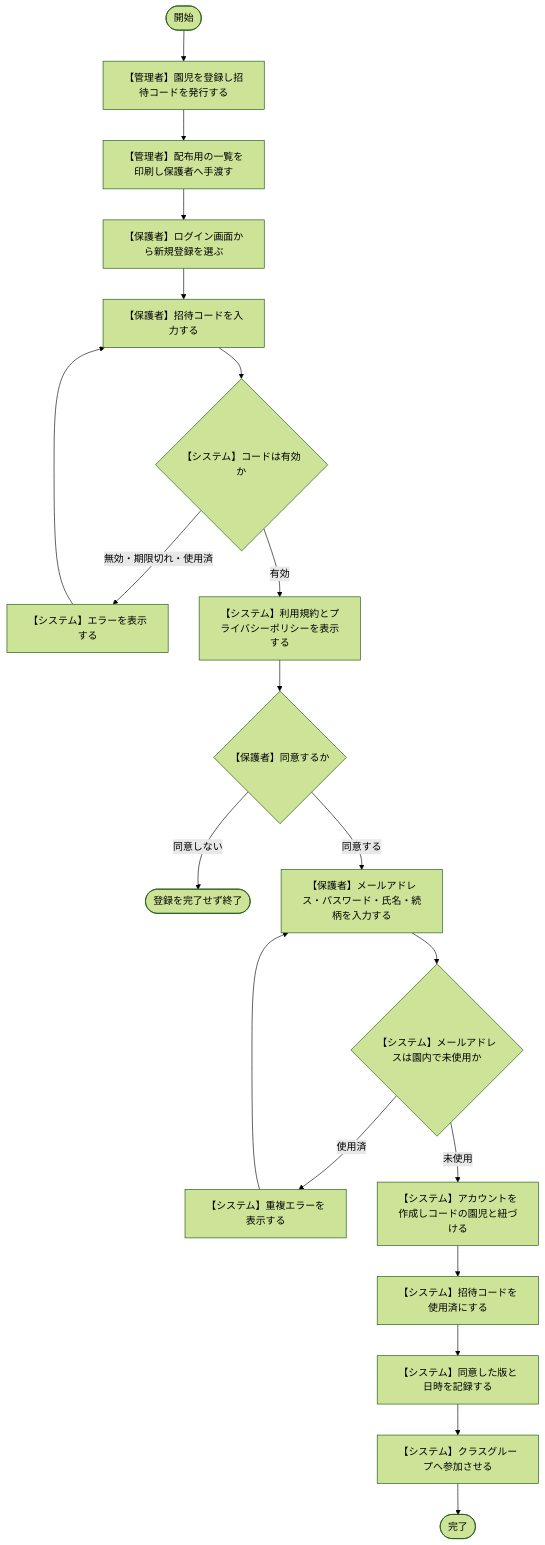
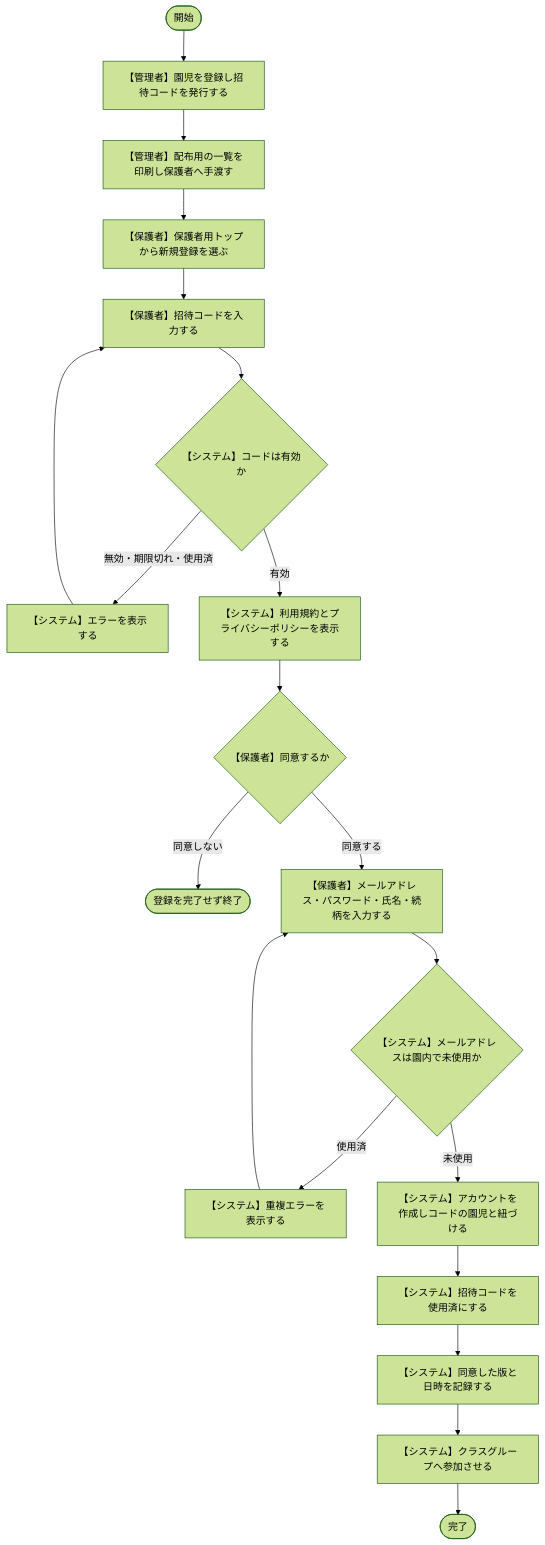
One commit to issei0423/sukusuku_system changed the first of 13 diagrams in 図/アクティビティ図.md. Above: the diagram before and after it, drawn with Mermaid (forest theme). The commit also changed other lines of this file and 5 other files, not shown here.

````diff
--- a/図/アクティビティ図.md
+++ b/図/アクティビティ図.md
@@ -46,22 +47,22 @@
 ```mermaid
 flowchart TD
     S(["開始"]) --> A1["【管理者】園児を登録し招待コードを発行する"]
     A1 --> A2["【管理者】配布用の一覧を印刷し保護者へ手渡す"]
-    A2 --> A3["【保護者】ログイン画面から新規登録を選ぶ"]
+    A2 --> A3["【保護者】保護者用トップから新規登録を選ぶ"]
     A3 --> A4["【保護者】招待コードを入力する"]
     A4 --> D1{"【システム】コードは有効か"}
     D1 -->|無効・期限切れ・使用済| A5["【システム】エラーを表示する"]
     A5 --> A4
     D1 -->|有効| A6["【システム】利用規約とプライバシーポリシーを表示する"]
     A6 --> D2{"【保護者】同意するか"}
     D2 -->|同意しない| E1(["登録を完了せず終了"])
     D2 -->|同意する| A7["【保護者】メールアドレス・パスワード・氏名・続柄を入力する"]
     A7 --> D3{"【システム】メールアドレスは園内で未使用か"}
     D3 -->|使用済| A8["【システム】重複エラーを表示する"]
     A8 --> A7
     D3 -->|未使用| A9["【システム】アカウントを作成しコードの園児と紐づける"]
     A9 --> A10["【システム】招待コードを使用済にする"]
     A10 --> A11["【システム】同意した版と日時を記録する"]
     A11 --> A12["【システム】クラスグループへ参加させる"]
     A12 --> E(["完了"])
 ```
````
